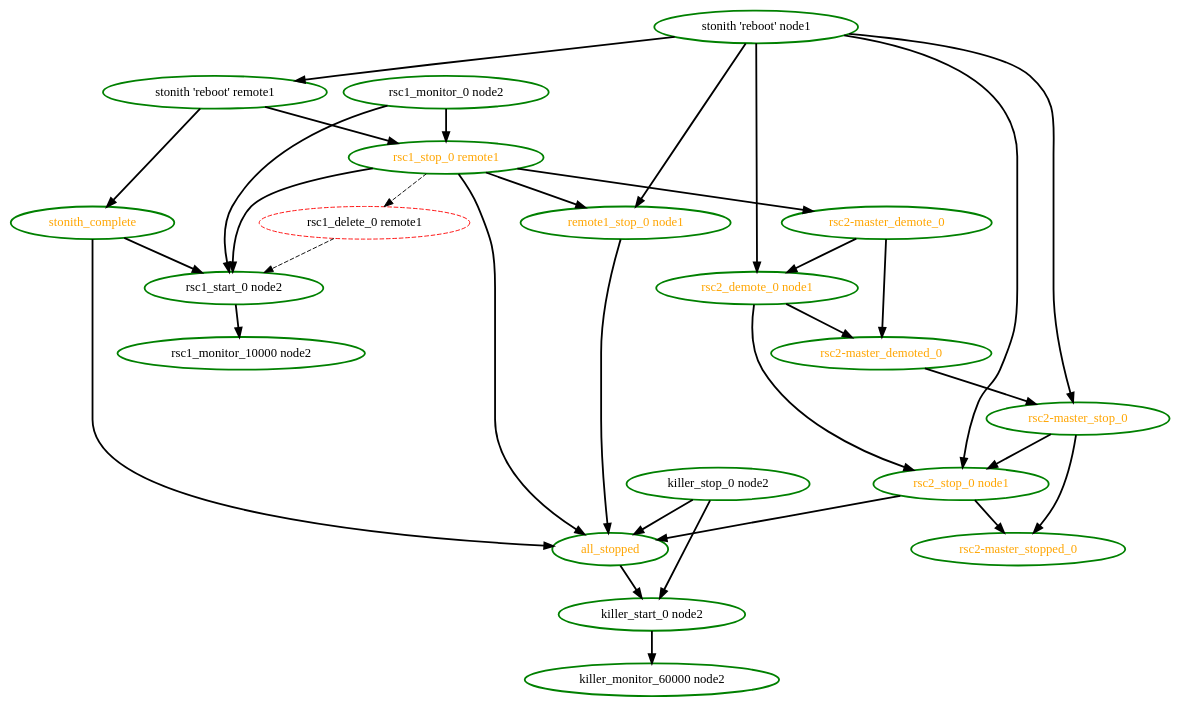
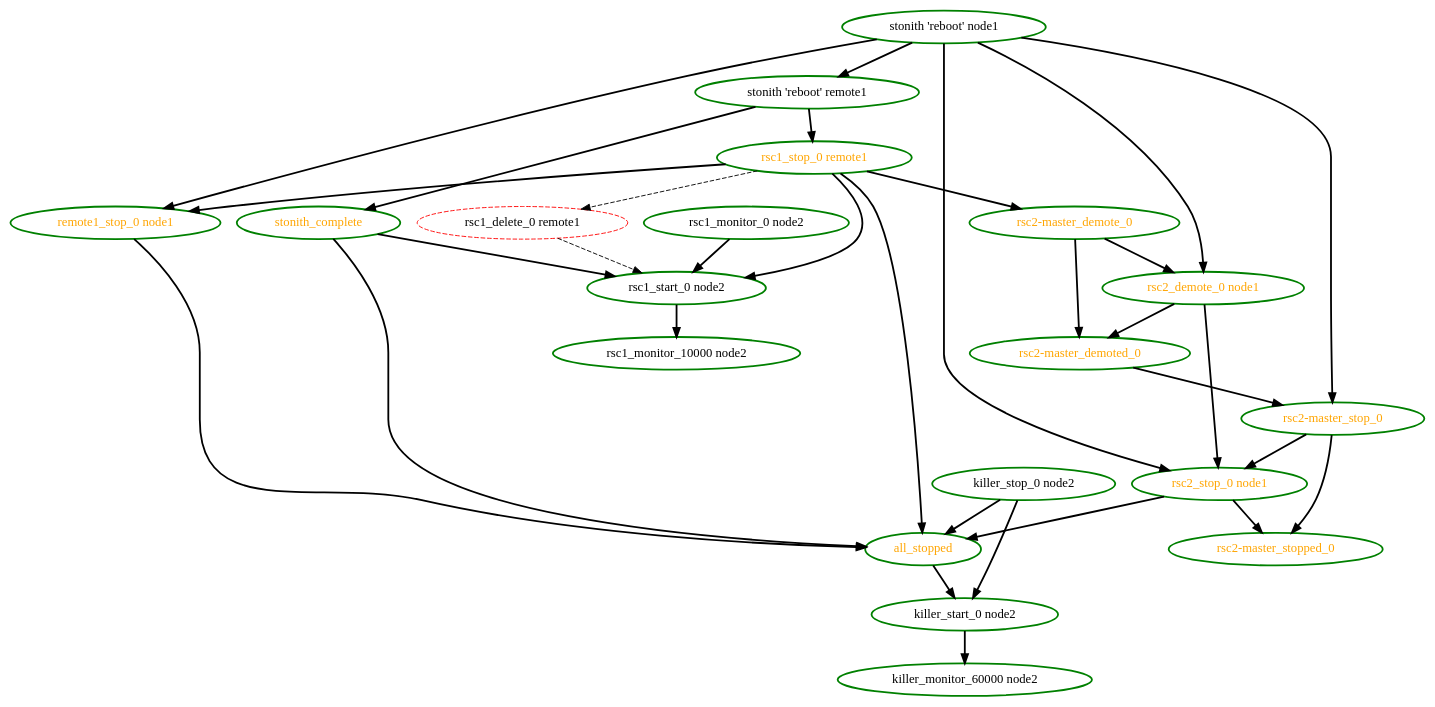
One commit to ClusterLabs/pacemaker changed the diagram in pengine/test10/remote-connection-unrecoverable.dot. Above: the diagram before and after it, drawn with Graphviz. The commit also changed 3 other files, not shown here.

```diff
--- a/pengine/test10/remote-connection-unrecoverable.dot
+++ b/pengine/test10/remote-connection-unrecoverable.dot
@@ -1,53 +1,52 @@
 digraph "g" {
 "all_stopped" -> "killer_start_0 node2" [ style = bold]
 "all_stopped" [ style=bold color="green" fontcolor="orange"]
 "killer_monitor_60000 node2" [ style=bold color="green" fontcolor="black"]
 "killer_start_0 node2" -> "killer_monitor_60000 node2" [ style = bold]
 "killer_start_0 node2" [ style=bold color="green" fontcolor="black"]
 "killer_stop_0 node2" -> "all_stopped" [ style = bold]
 "killer_stop_0 node2" -> "killer_start_0 node2" [ style = bold]
 "killer_stop_0 node2" [ style=bold color="green" fontcolor="black"]
 "remote1_stop_0 node1" -> "all_stopped" [ style = bold]
 "remote1_stop_0 node1" [ style=bold color="green" fontcolor="orange"]
 "rsc1_delete_0 remote1" -> "rsc1_start_0 node2" [ style = dashed]
 "rsc1_delete_0 remote1" [ style=dashed color="red" fontcolor="black"]
 "rsc1_monitor_0 node2" -> "rsc1_start_0 node2" [ style = bold]
-"rsc1_monitor_0 node2" -> "rsc1_stop_0 remote1" [ style = bold]
 "rsc1_monitor_0 node2" [ style=bold color="green" fontcolor="black"]
 "rsc1_monitor_10000 node2" [ style=bold color="green" fontcolor="black"]
 "rsc1_start_0 node2" -> "rsc1_monitor_10000 node2" [ style = bold]
 "rsc1_start_0 node2" [ style=bold color="green" fontcolor="black"]
 "rsc1_stop_0 remote1" -> "all_stopped" [ style = bold]
 "rsc1_stop_0 remote1" -> "remote1_stop_0 node1" [ style = bold]
 "rsc1_stop_0 remote1" -> "rsc1_delete_0 remote1" [ style = dashed]
 "rsc1_stop_0 remote1" -> "rsc1_start_0 node2" [ style = bold]
 "rsc1_stop_0 remote1" -> "rsc2-master_demote_0" [ style = bold]
 "rsc1_stop_0 remote1" [ style=bold color="green" fontcolor="orange"]
 "rsc2-master_demote_0" -> "rsc2-master_demoted_0" [ style = bold]
 "rsc2-master_demote_0" -> "rsc2_demote_0 node1" [ style = bold]
 "rsc2-master_demote_0" [ style=bold color="green" fontcolor="orange"]
 "rsc2-master_demoted_0" -> "rsc2-master_stop_0" [ style = bold]
 "rsc2-master_demoted_0" [ style=bold color="green" fontcolor="orange"]
 "rsc2-master_stop_0" -> "rsc2-master_stopped_0" [ style = bold]
 "rsc2-master_stop_0" -> "rsc2_stop_0 node1" [ style = bold]
 "rsc2-master_stop_0" [ style=bold color="green" fontcolor="orange"]
 "rsc2-master_stopped_0" [ style=bold color="green" fontcolor="orange"]
 "rsc2_demote_0 node1" -> "rsc2-master_demoted_0" [ style = bold]
 "rsc2_demote_0 node1" -> "rsc2_stop_0 node1" [ style = bold]
 "rsc2_demote_0 node1" [ style=bold color="green" fontcolor="orange"]
 "rsc2_stop_0 node1" -> "all_stopped" [ style = bold]
 "rsc2_stop_0 node1" -> "rsc2-master_stopped_0" [ style = bold]
 "rsc2_stop_0 node1" [ style=bold color="green" fontcolor="orange"]
 "stonith 'reboot' node1" -> "remote1_stop_0 node1" [ style = bold]
 "stonith 'reboot' node1" -> "rsc2-master_stop_0" [ style = bold]
 "stonith 'reboot' node1" -> "rsc2_demote_0 node1" [ style = bold]
 "stonith 'reboot' node1" -> "rsc2_stop_0 node1" [ style = bold]
 "stonith 'reboot' node1" -> "stonith 'reboot' remote1" [ style = bold]
 "stonith 'reboot' node1" [ style=bold color="green" fontcolor="black"]
 "stonith 'reboot' remote1" -> "rsc1_stop_0 remote1" [ style = bold]
 "stonith 'reboot' remote1" -> "stonith_complete" [ style = bold]
 "stonith 'reboot' remote1" [ style=bold color="green" fontcolor="black"]
 "stonith_complete" -> "all_stopped" [ style = bold]
 "stonith_complete" -> "rsc1_start_0 node2" [ style = bold]
 "stonith_complete" [ style=bold color="green" fontcolor="orange"]
 }
```
